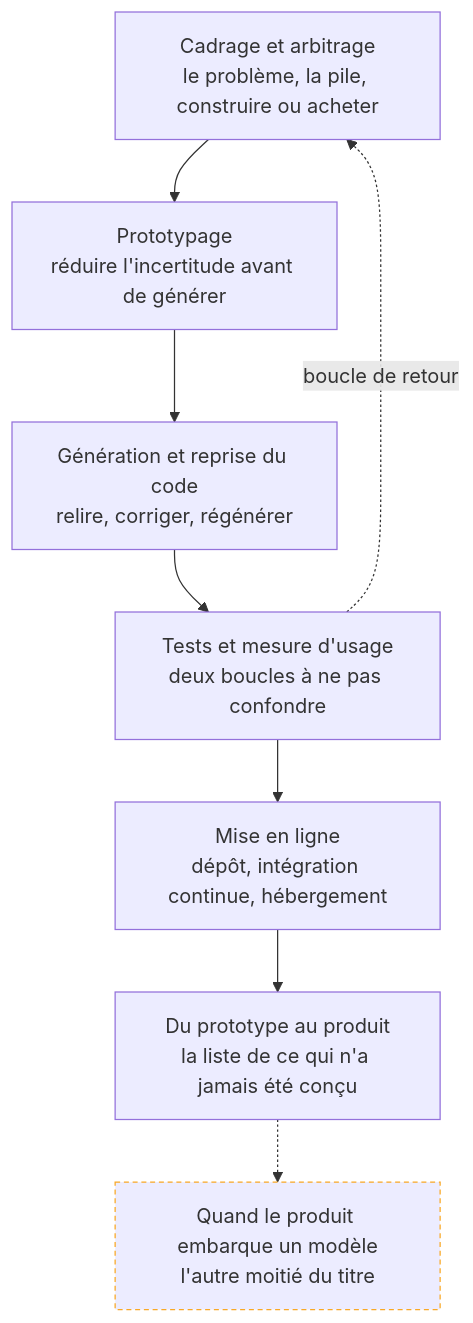
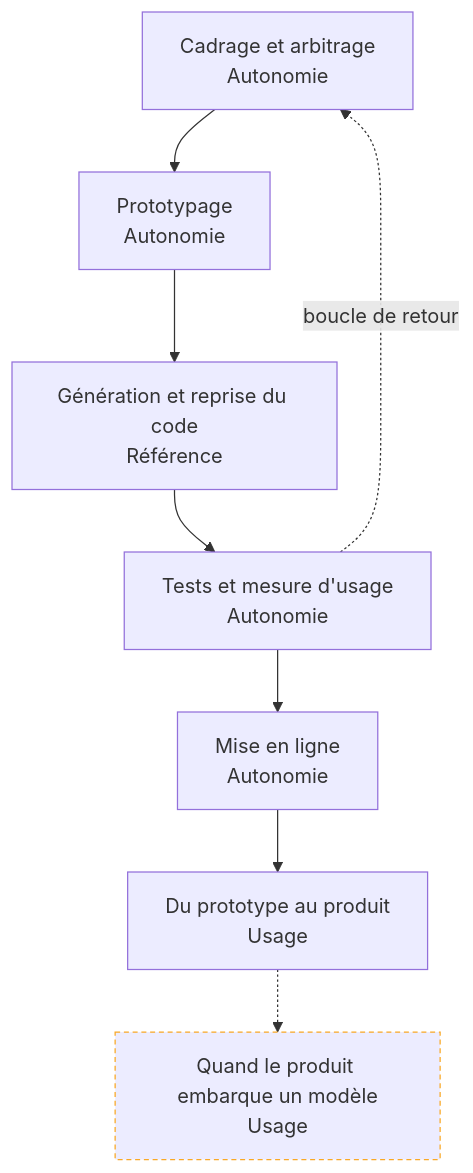
The diagram in content/parcours/ai-product-builder/index.md (floSa/Atlas-Metiers-Roadmaps), drawn with Mermaid before and after one commit. The commit also changed other lines of this file and 7 other files, not shown here.

````diff
--- a/content/parcours/ai-product-builder/index.md
+++ b/content/parcours/ai-product-builder/index.md
@@ -15,21 +15,21 @@
 ```mermaid
 flowchart TD
-  C["Cadrage et arbitrage<br/>le problème, la pile, construire ou acheter"] --> P["Prototypage<br/>réduire l'incertitude avant de générer"]
-  P --> G["Génération et reprise du code<br/>relire, corriger, régénérer"]
-  G --> T["Tests et mesure d'usage<br/>deux boucles à ne pas confondre"]
-  T --> M["Mise en ligne<br/>dépôt, intégration continue, hébergement"]
-  M --> D["Du prototype au produit<br/>la liste de ce qui n'a jamais été conçu"]
-  D -.-> MO["Quand le produit embarque un modèle<br/>l'autre moitié du titre"]
+  C["Cadrage et arbitrage<br/>Autonomie"] --> P["Prototypage<br/>Autonomie"]
+  P --> G["Génération et reprise du code<br/>Référence"]
+  G --> T["Tests et mesure d'usage<br/>Autonomie"]
+  T --> M["Mise en ligne<br/>Autonomie"]
+  M --> D["Du prototype au produit<br/>Usage"]
+  D -.-> MO["Quand le produit embarque un modèle<br/>Usage"]
   T -.->|"boucle de retour"| C
 
   click C "/parcours/ai-product-builder/cadrage-et-arbitrage/"
   click P "/parcours/ai-product-builder/prototypage/"
   click G "/parcours/ai-product-builder/generation-et-reprise/"
   click T "/parcours/ai-product-builder/tests-et-mesure-d-usage/"
   click M "/parcours/ai-product-builder/mise-en-ligne/"
   click D "/parcours/ai-product-builder/du-prototype-au-produit/"
   click MO "/parcours/ai-product-builder/quand-le-produit-embarque-un-modele/"
 
   classDef conditionnel stroke:#f9a825,stroke-width:1px,stroke-dasharray:4 3
   class MO conditionnel
 ```
````
